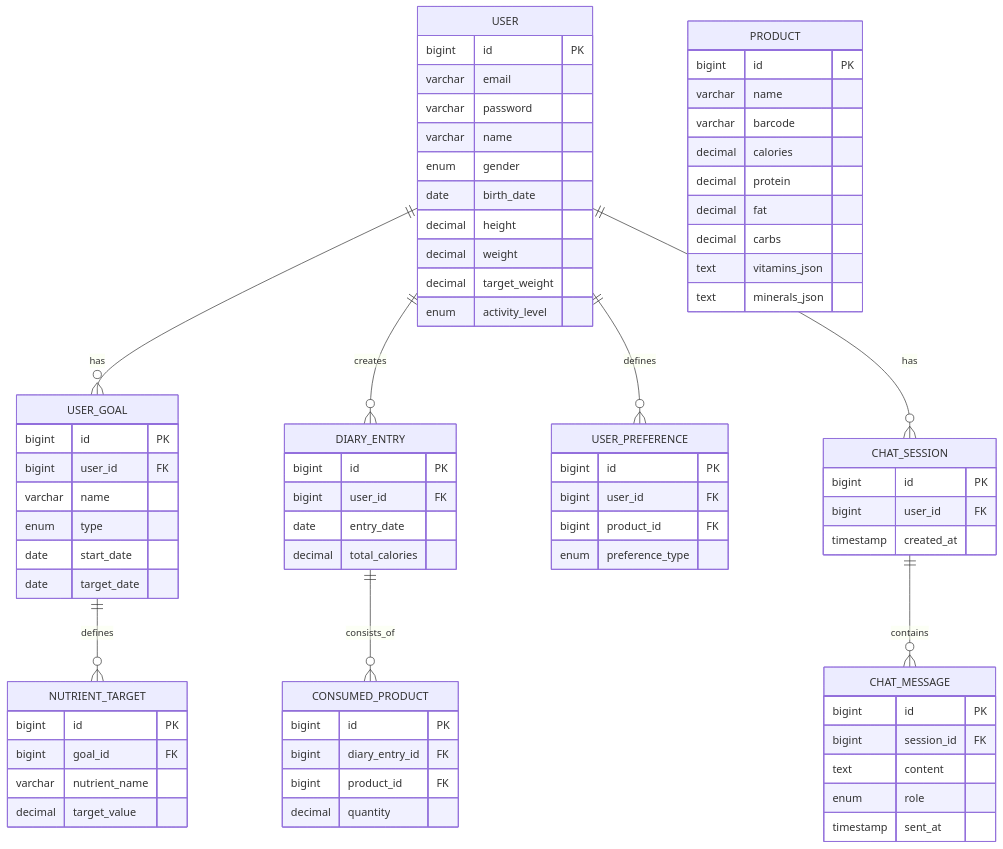
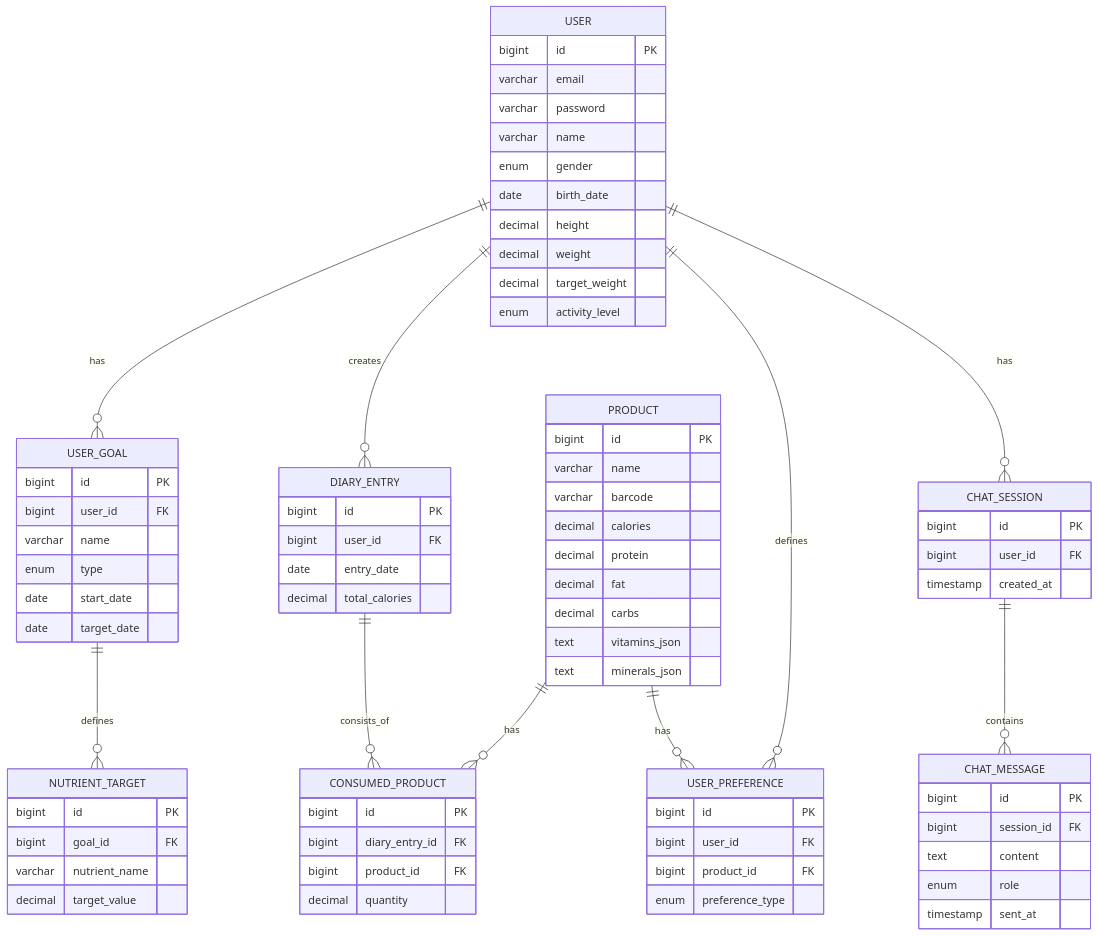
Before and after one commit to nikolay-977/smartdiet: the diagram in README.md, drawn with Mermaid.

```diff
--- a/README.md
+++ b/README.md
@@ -107,6 +107,8 @@
         decimal target_value
     }
 
+    PRODUCT ||--o{ CONSUMED_PRODUCT : has
+    PRODUCT ||--o{ USER_PREFERENCE : has
     PRODUCT {
         bigint id PK
         varchar name
```
